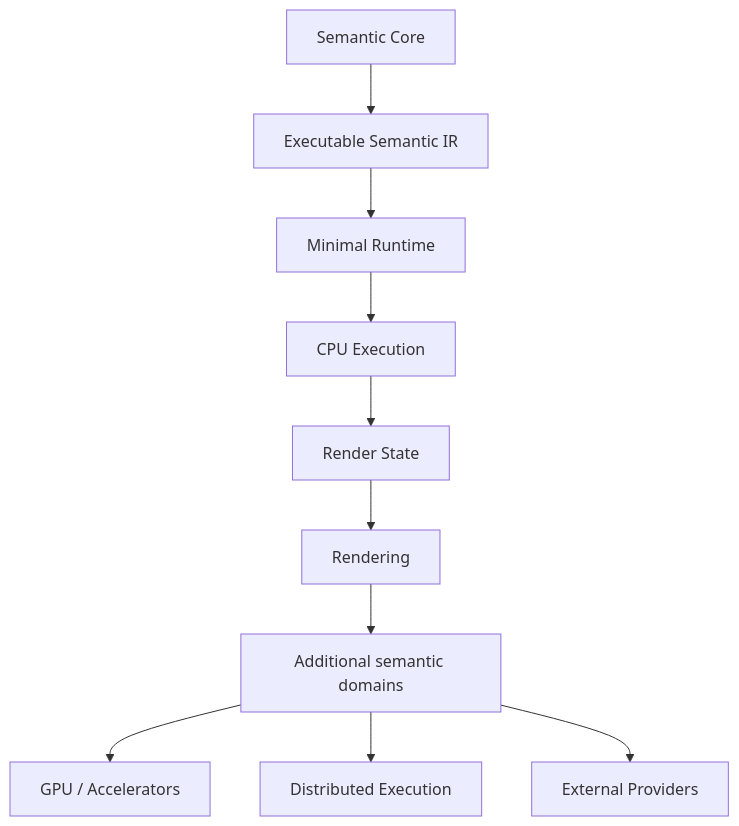
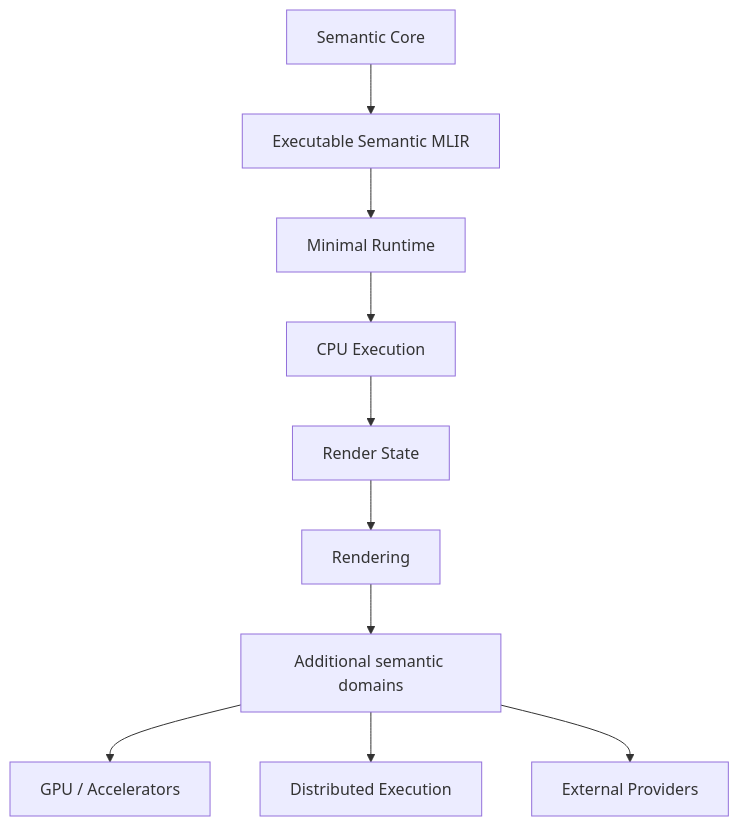
One commit to zharia/Semantic-Computational-Runtime changed diagram 20 of 21 in 002_GETTING_STARTED.md. Above: the diagram before and after it, drawn with Mermaid. The commit also changed other lines of this file and 47 other files, not shown here.

First line of the commit message:
feat: MLIR-first architectural alignment pass

````diff
--- a/002_GETTING_STARTED.md
+++ b/002_GETTING_STARTED.md
@@ -1597,19 +1597,19 @@
 ```mermaid
 flowchart TB
     CORE["Semantic Core"]
-    IR["Executable Semantic IR"]
+    IR["Executable Semantic MLIR"]
     RT["Minimal Runtime"]
     CPU["CPU Execution"]
     RENDER["Render State"]
     VSG["Rendering"]
     MORE["Additional semantic domains"]
     GPU["GPU / Accelerators"]
     DIST["Distributed Execution"]
     PROVIDERS["External Providers"]
 
     CORE --> IR --> RT --> CPU --> RENDER --> VSG
     VSG --> MORE
     MORE --> GPU
     MORE --> DIST
     MORE --> PROVIDERS
 ```
````
